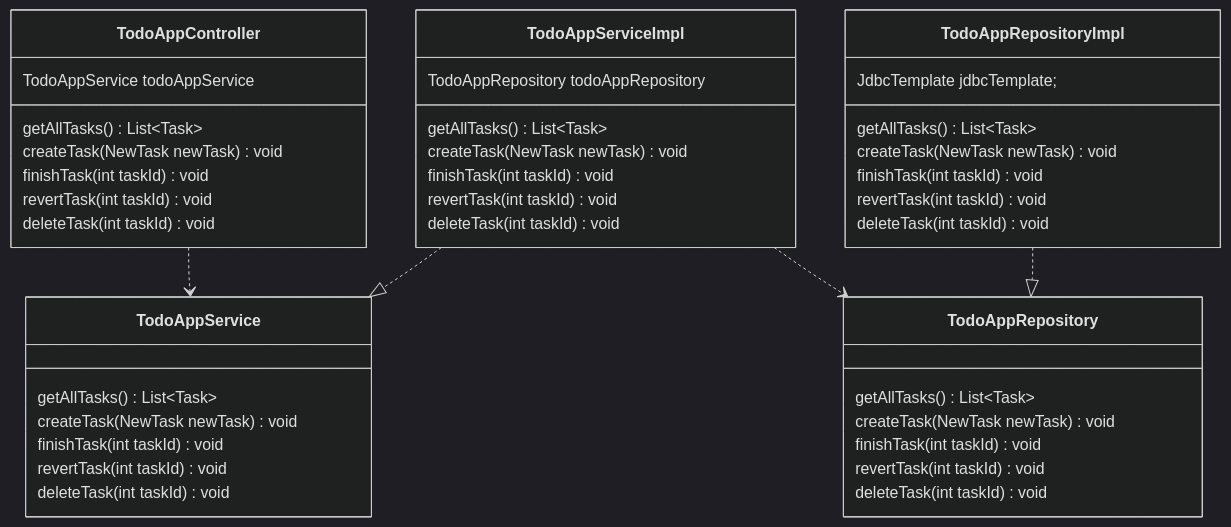
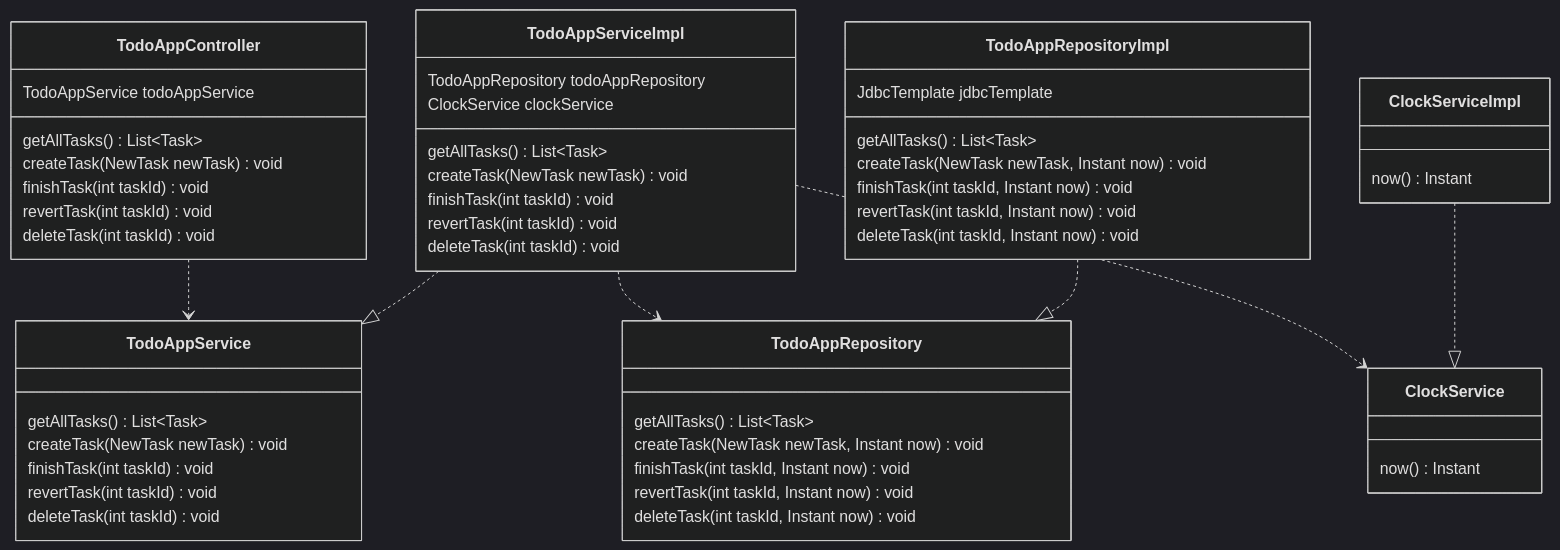
One commit to onebase-fujitsu/agile-dev-guide changed the diagram in content/docs/softwareTest/testDouble/index.md. Above: the diagram before and after it, drawn with Mermaid (dark theme). The commit also changed other lines of this file and 2 other files, not shown here.

```diff
--- a/content/docs/softwareTest/testDouble/index.md
+++ b/content/docs/softwareTest/testDouble/index.md
@@ -151,45 +166,54 @@
 {{<mermaid>}}
 classDiagram
 class TodoAppController{
   TodoAppService todoAppService
   getAllTasks() List~Task~
   createTask(NewTask newTask) void
   finishTask(int taskId) void
   revertTask(int taskId) void
   deleteTask(int taskId) void
 }
 class TodoAppService{
   getAllTasks() List~Task~
   createTask(NewTask newTask) void
   finishTask(int taskId) void
   revertTask(int taskId) void
   deleteTask(int taskId) void
 }
 class TodoAppServiceImpl{
   TodoAppRepository todoAppRepository
+  ClockService clockService
   getAllTasks() List~Task~
   createTask(NewTask newTask) void
   finishTask(int taskId) void
   revertTask(int taskId) void
   deleteTask(int taskId) void
 }
 class TodoAppRepository{
 getAllTasks() List~Task~
-createTask(NewTask newTask) void
-finishTask(int taskId) void
-revertTask(int taskId) void
-deleteTask(int taskId) void
+createTask(NewTask newTask, Instant now) void
+finishTask(int taskId, Instant now) void
+revertTask(int taskId, Instant now) void
+deleteTask(int taskId, Instant now) void
 }
 class TodoAppRepositoryImpl{
-  JdbcTemplate jdbcTemplate;
+  JdbcTemplate jdbcTemplate
   getAllTasks() List~Task~
-  createTask(NewTask newTask) void
-  finishTask(int taskId) void
-  revertTask(int taskId) void
-  deleteTask(int taskId) void
+  createTask(NewTask newTask, Instant now) void
+  finishTask(int taskId, Instant now) void
+  revertTask(int taskId, Instant now) void
+  deleteTask(int taskId, Instant now) void
+}
+class ClockService{
+  now() Instant
+}
+class ClockServiceImpl{
+  now() Instant
 }
 TodoAppController ..> TodoAppService
 TodoAppServiceImpl ..|> TodoAppService
 TodoAppServiceImpl ..> TodoAppRepository
 TodoAppRepositoryImpl ..|> TodoAppRepository
+TodoAppServiceImpl ..> ClockService
+ClockServiceImpl ..|> ClockService
 {{< /mermaid >}}
```
